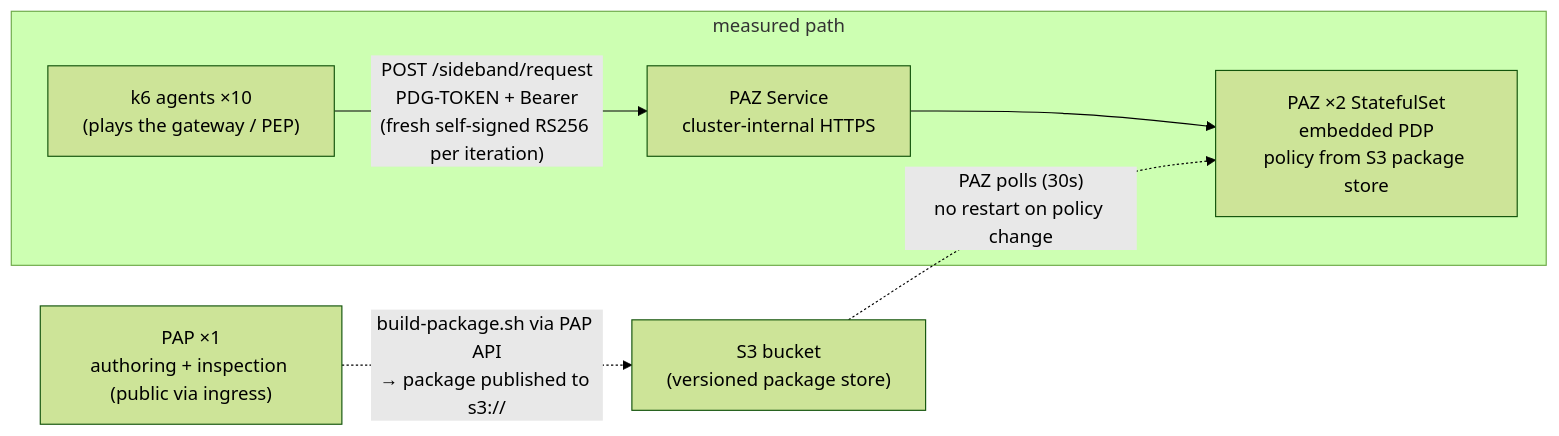
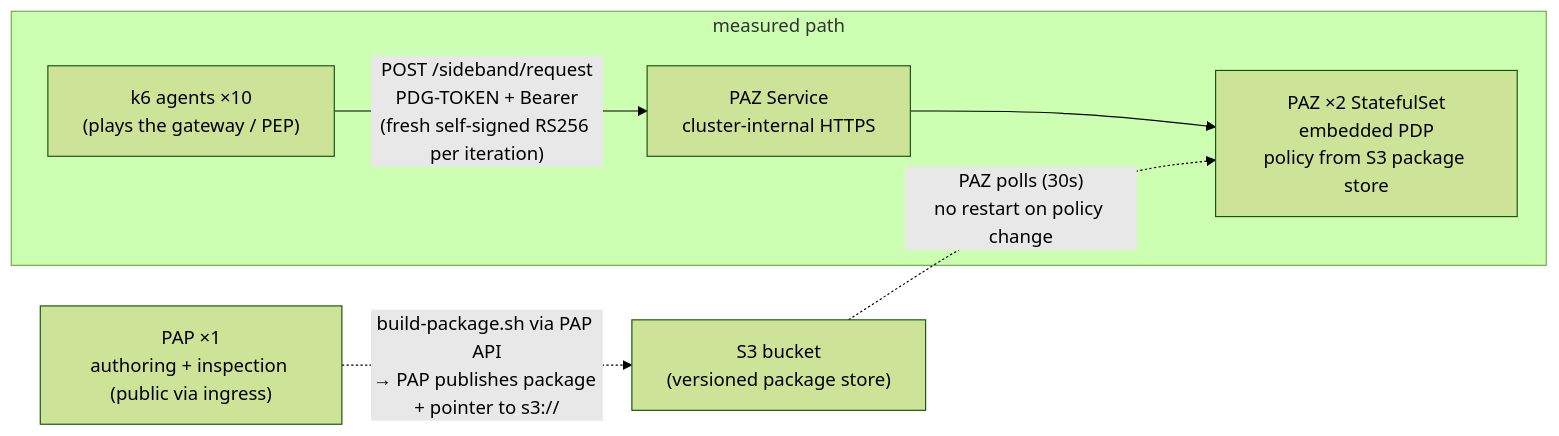
Before and after one commit to carbonefederico/authorize-performance-test: the diagram in README.md, drawn with Mermaid (forest theme). The commit also changed other lines of this file, not shown here.

Commit message:
docs: describe the PAP-mediated package publish

````diff
--- a/README.md
+++ b/README.md
@@ -24,15 +24,15 @@
 ```mermaid
 flowchart LR
     subgraph "measured path"
     k6["k6 agents ×10<br/>(plays the gateway / PEP)"]
     svc["PAZ Service<br/>cluster-internal HTTPS"]
     paz["PAZ ×2 StatefulSet<br/>embedded PDP<br/>policy from S3 package store"]
     end
     pap["PAP ×1<br/>authoring + inspection (public via ingress)"]
     s3["S3 bucket<br/>(versioned package store)"]
 
     k6 -- "POST /sideband/request<br/>PDG-TOKEN + Bearer<br/>(fresh self-signed RS256 per iteration)" --> svc
     svc --> paz
-    pap -. "build-package.sh via PAP API<br/>→ package published to s3://" .-> s3
+    pap -. "build-package.sh via PAP API<br/>→ PAP publishes package + pointer to s3://" .-> s3
     s3 -. "PAZ polls (30s)<br/>no restart on policy change" .-> paz
 ```
````
